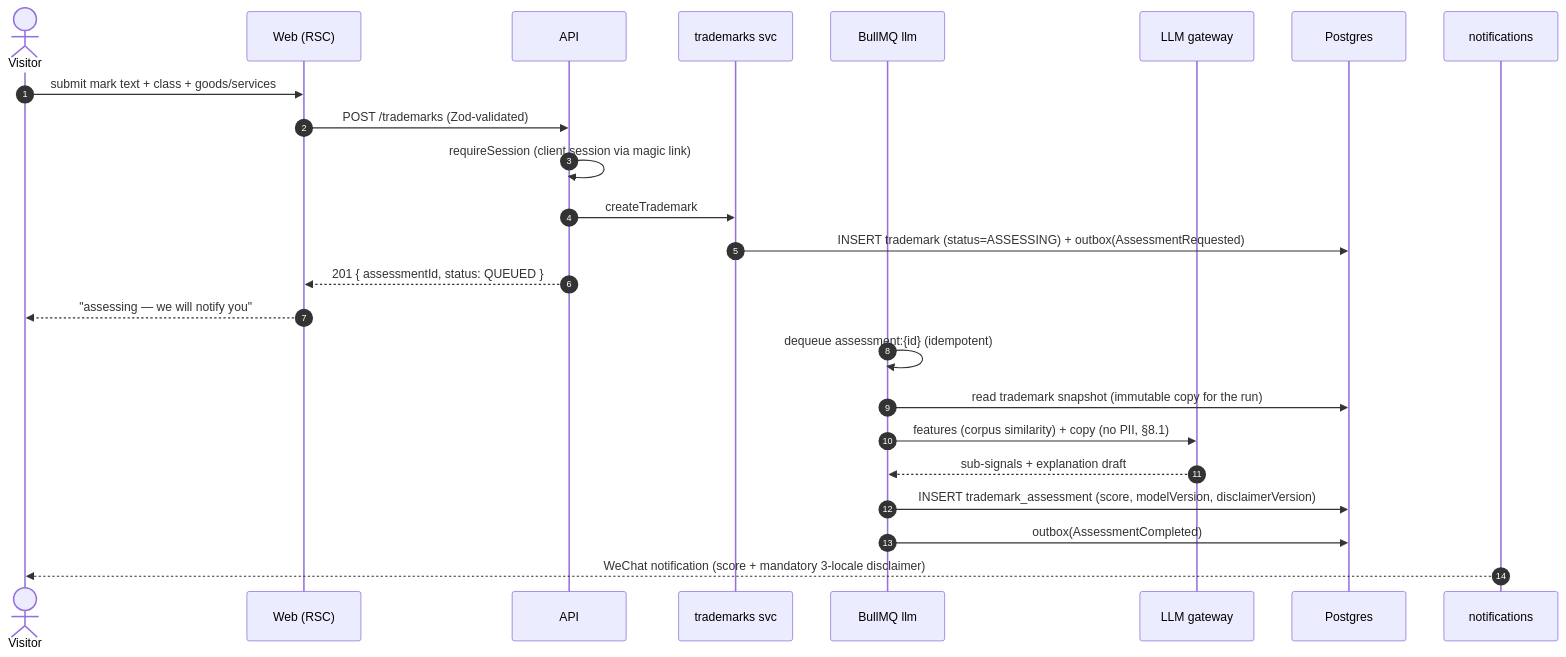
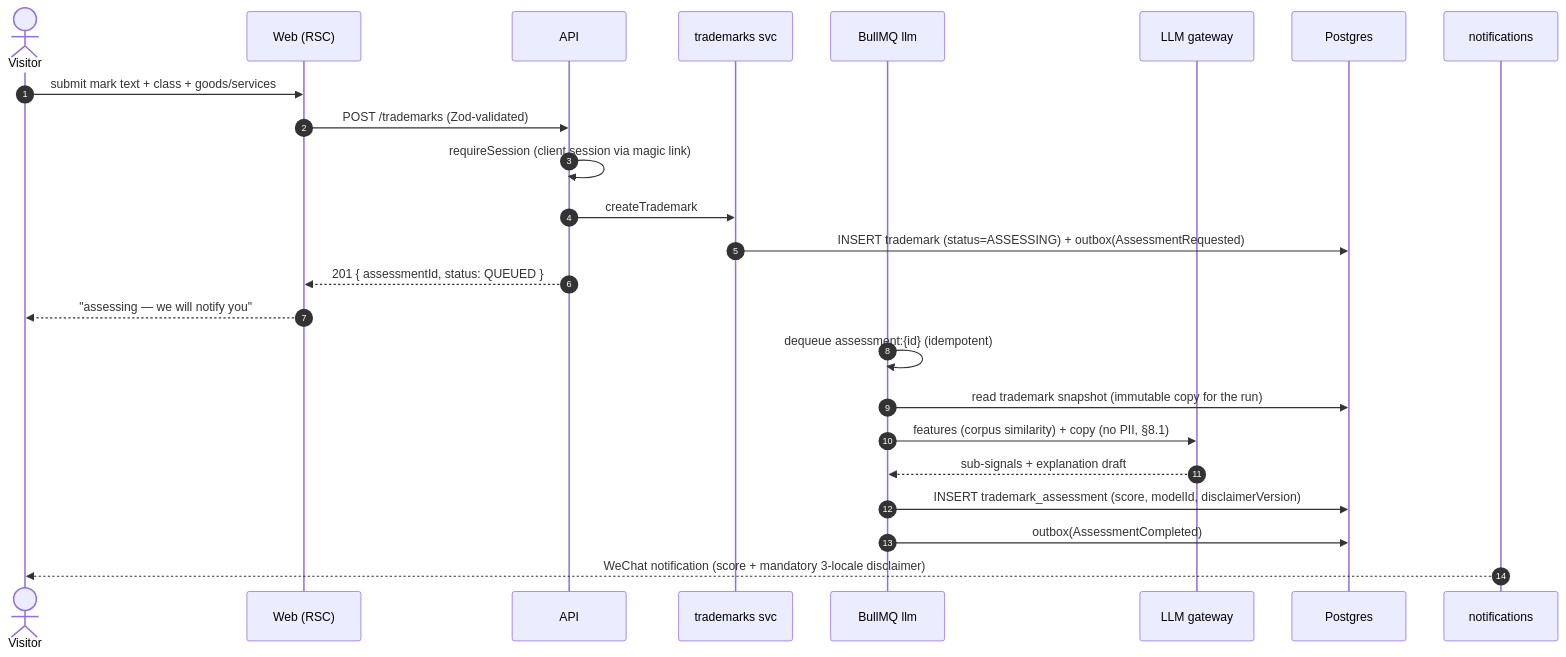
Before and after one commit to risk-free/Mark-us: the fourth of 8 diagrams in docs/architecture/01-system-design.md, drawn with Mermaid. The commit also changed other lines of this file and 9 other files, not shown here.

````diff
--- a/docs/architecture/01-system-design.md
+++ b/docs/architecture/01-system-design.md
@@ -326,27 +326,27 @@
 ```mermaid
 sequenceDiagram
   autonumber
   actor V as Visitor
   participant W as Web (RSC)
   participant A as API
   participant T as trademarks svc
   participant Q as BullMQ llm
   participant L as LLM gateway
   participant D as Postgres
   participant N as notifications
 
   V->>W: submit mark text + class + goods/services
   W->>A: POST /trademarks (Zod-validated)
   A->>A: requireSession (client session via magic link)
   A->>T: createTrademark
   T->>D: INSERT trademark (status=ASSESSING) + outbox(AssessmentRequested)
   A-->>W: 201 { assessmentId, status: QUEUED }
   W-->>V: "assessing — we will notify you"
   Q->>Q: dequeue assessment:{id} (idempotent)
   Q->>D: read trademark snapshot (immutable copy for the run)
   Q->>L: features (corpus similarity) + copy (no PII, §8.1)
   L-->>Q: sub-signals + explanation draft
-  Q->>D: INSERT trademark_assessment (score, modelVersion, disclaimerVersion)
+  Q->>D: INSERT trademark_assessment (score, modelId, disclaimerVersion)
   Q->>D: outbox(AssessmentCompleted)
   N-->>V: WeChat notification (score + mandatory 3-locale disclaimer)
 ```
````
